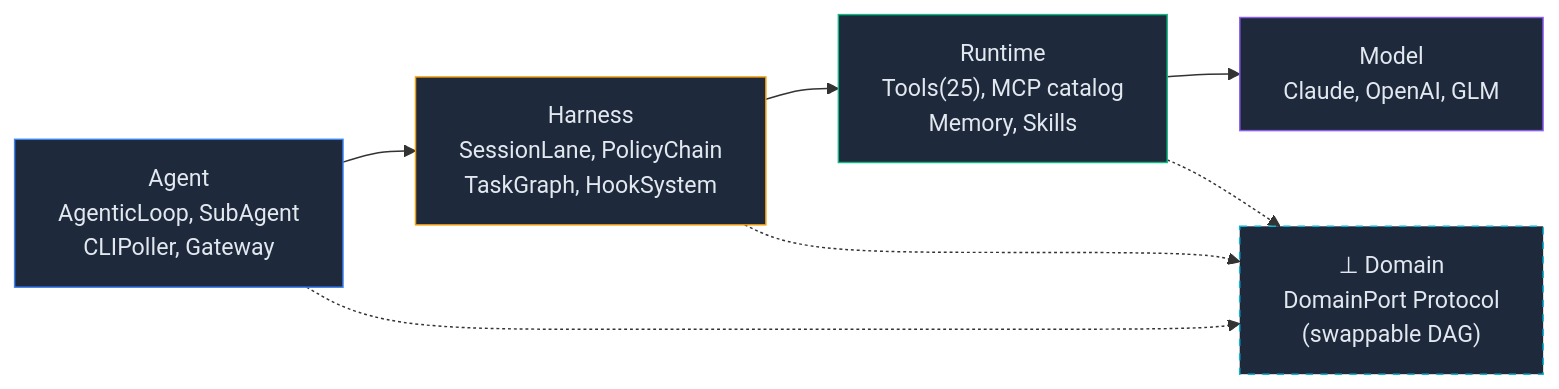
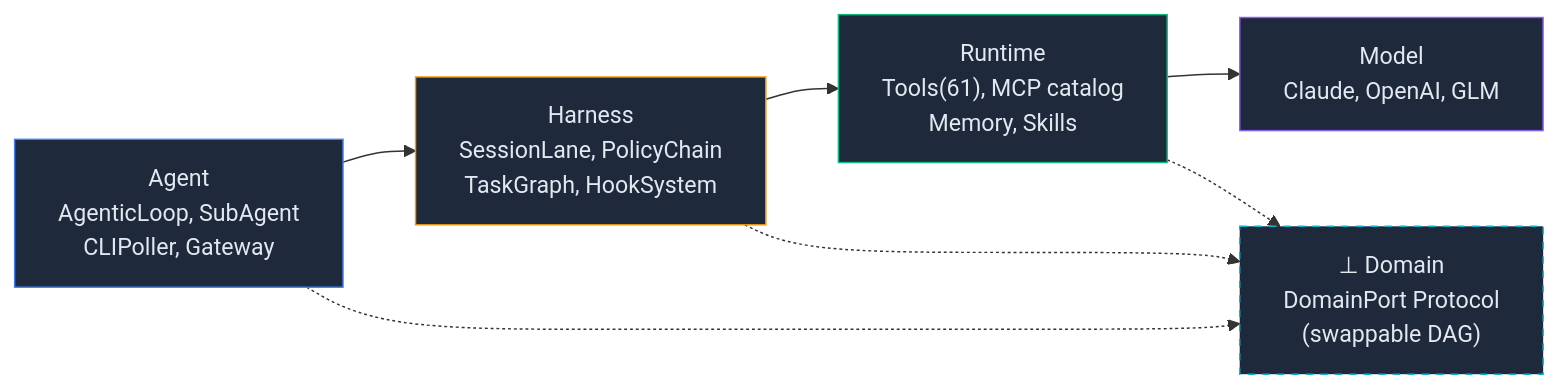
The diagram in README.ko.md (mangowhoiscloud/geode), drawn with Mermaid before and after one commit. The commit also changed other lines of this file and 3 other files, not shown here.

````diff
--- a/README.ko.md
+++ b/README.ko.md
@@ -397,16 +397,16 @@
 ```mermaid
 graph LR
     AG["Agent<br/>AgenticLoop, SubAgent<br/>CLIPoller, Gateway"] --> HA["Harness<br/>SessionLane, PolicyChain<br/>TaskGraph, HookSystem"]
-    HA --> RT["Runtime<br/>Tools(25), MCP catalog<br/>Memory, Skills"]
+    HA --> RT["Runtime<br/>Tools(61), MCP catalog<br/>Memory, Skills"]
     RT --> MD["Model<br/>Claude, OpenAI, GLM"]
 
     AG -.-> DP["⊥ Domain<br/>DomainPort Protocol<br/>(swappable DAG)"]
     HA -.-> DP
     RT -.-> DP
 
     style AG fill:#1e293b,stroke:#3b82f6,color:#e2e8f0
     style HA fill:#1e293b,stroke:#f59e0b,color:#e2e8f0
     style RT fill:#1e293b,stroke:#10b981,color:#e2e8f0
     style MD fill:#1e293b,stroke:#8b5cf6,color:#e2e8f0
     style DP fill:#1e293b,stroke:#06b6d4,color:#e2e8f0,stroke-dasharray: 5 5
 ```
````
